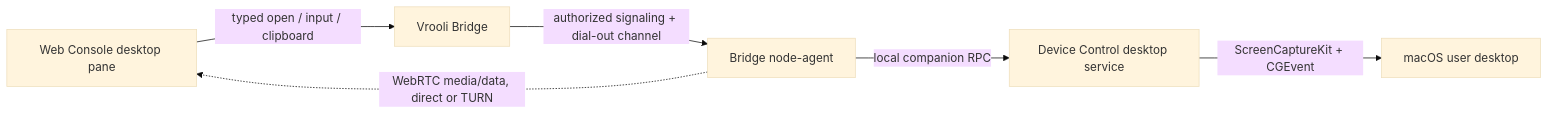
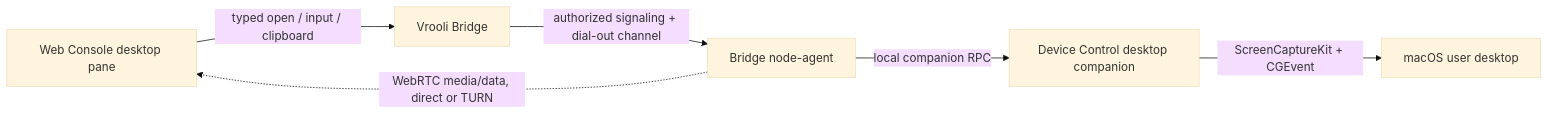
Before and after one commit to Vrooli/Vrooli: the diagram in scenarios/vrooli-bridge/docs/concepts/ARCHITECTURE.md, drawn with Mermaid (base theme). The commit also changed other lines of this file and 99 other files, not shown here.

Commit message:
Improved device control p3

````diff
--- a/scenarios/vrooli-bridge/docs/concepts/ARCHITECTURE.md
+++ b/scenarios/vrooli-bridge/docs/concepts/ARCHITECTURE.md
@@ -317,8 +317,8 @@
 ```mermaid
 flowchart LR
   WC[Web Console desktop pane] -->|typed open / input / clipboard| B[Vrooli Bridge]
   B -->|authorized signaling + dial-out channel| A[Bridge node-agent]
-  A -->|local companion RPC| DC[Device Control desktop service]
+  A -->|local companion RPC| DC[Device Control desktop companion]
   DC -->|ScreenCaptureKit + CGEvent| MAC[macOS user desktop]
   A -.->|WebRTC media/data, direct or TURN| WC
 ```
````
